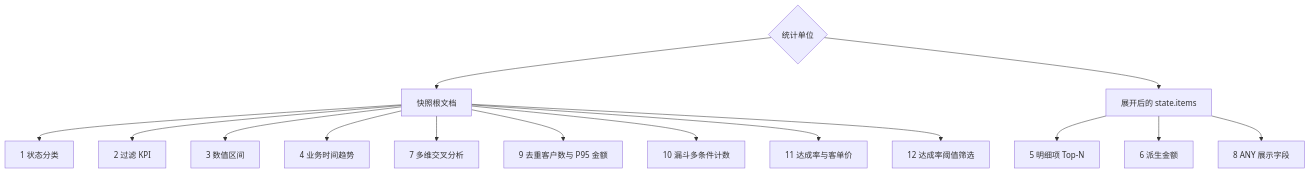
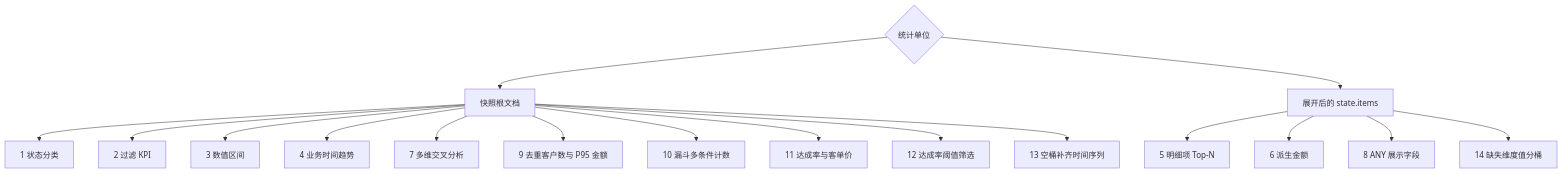
One commit to Ahoo-Wang/Wow changed the diagram in documentation/docs/zh/guide/query/snapshot-aggregation.md. Above: the diagram before and after it, drawn with Mermaid. The commit also changed other lines of this file and 4 other files, not shown here.

````diff
--- a/documentation/docs/zh/guide/query/snapshot-aggregation.md
+++ b/documentation/docs/zh/guide/query/snapshot-aggregation.md
@@ -26,17 +26,19 @@
 ```mermaid
 flowchart TB
     Unit{"统计单位"} --> Root["快照根文档"]
     Unit --> Item["展开后的 state.items"]
     Root --> S1["1 状态分类"]
     Root --> S2["2 过滤 KPI"]
     Root --> S3["3 数值区间"]
     Root --> S4["4 业务时间趋势"]
     Root --> S7["7 多维交叉分析"]
     Root --> S9["9 去重客户数与 P95 金额"]
     Root --> S10["10 漏斗多条件计数"]
     Root --> S11["11 达成率与客单价"]
     Root --> S12["12 达成率阈值筛选"]
+    Root --> S13["13 空桶补齐时间序列"]
     Item --> S5["5 明细项 Top-N"]
     Item --> S6["6 派生金额"]
     Item --> S8["8 ANY 展示字段"]
+    Item --> S14["14 缺失维度值分桶"]
 ```
````
